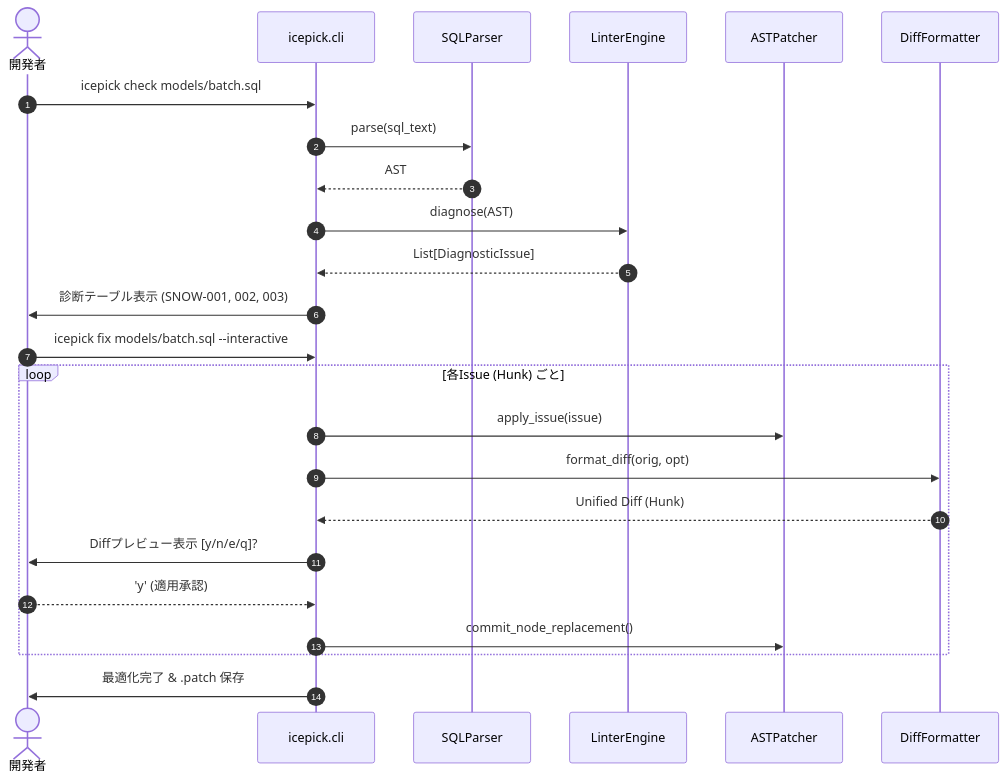
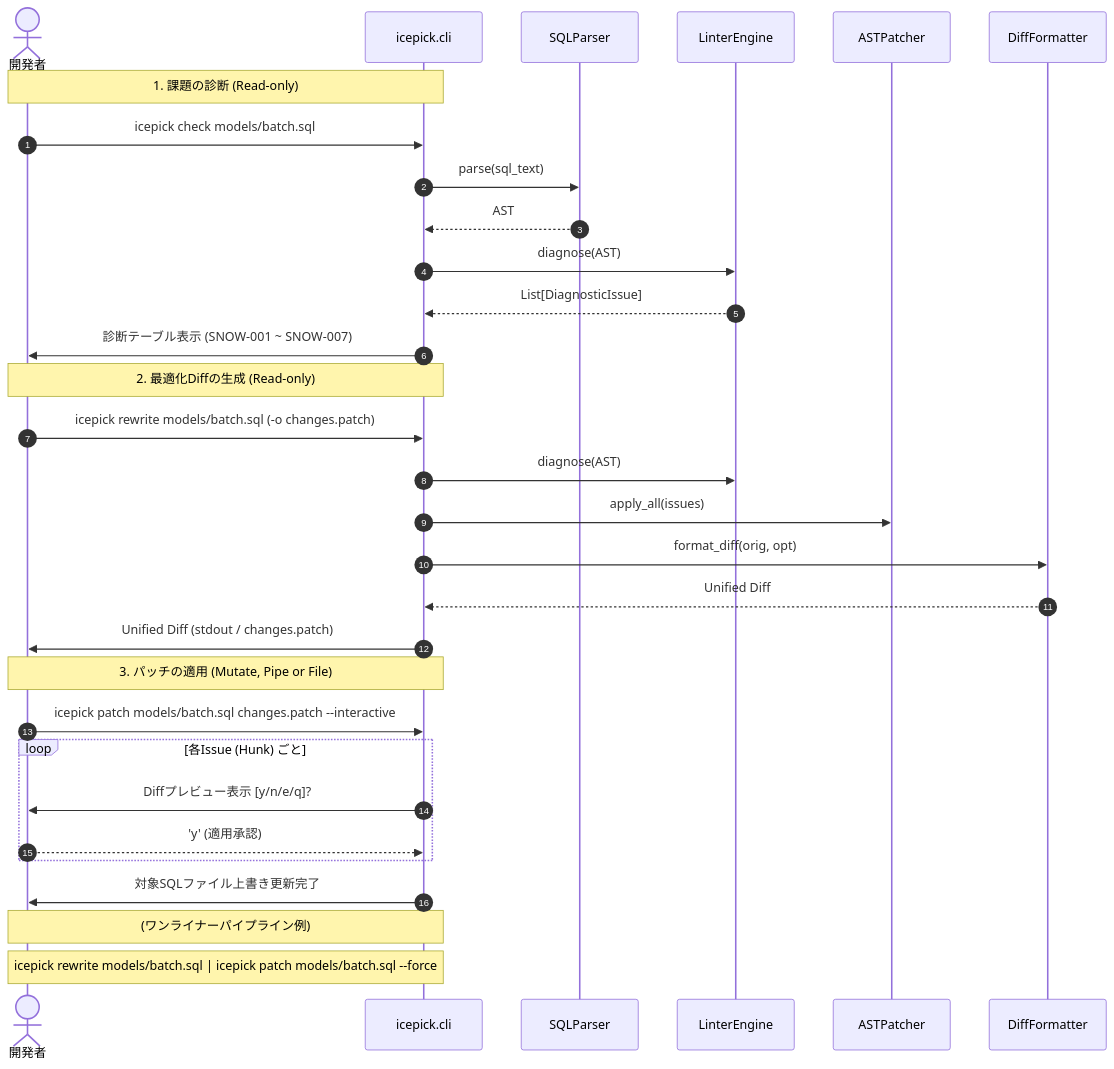
Before and after one commit to snaga/icepick: the second of 2 diagrams in doc/design.md, drawn with Mermaid. The commit also changed other lines of this file and 5 other files, not shown here.

First line of the commit message:
docs(specs): redesign workflow with rewrite and patch commands

````diff
--- a/doc/design.md
+++ b/doc/design.md
@@ -199,28 +215,37 @@
 ```mermaid
 sequenceDiagram
     autonumber
     actor Dev as 開発者
     participant CLI as icepick.cli
     participant Parser as SQLParser
     participant Linter as LinterEngine
     participant Patcher as ASTPatcher
     participant Diff as DiffFormatter
 
+    Note over Dev,CLI: 1. 課題の診断 (Read-only)
     Dev->>CLI: icepick check models/batch.sql
     CLI->>Parser: parse(sql_text)
     Parser-->>CLI: AST
     CLI->>Linter: diagnose(AST)
     Linter-->>CLI: List[DiagnosticIssue]
-    CLI->>Dev: 診断テーブル表示 (SNOW-001, 002, 003)
+    CLI->>Dev: 診断テーブル表示 (SNOW-001 ~ SNOW-007)
 
-    Dev->>CLI: icepick fix models/batch.sql --interactive
+    Note over Dev,CLI: 2. 最適化Diffの生成 (Read-only)
+    Dev->>CLI: icepick rewrite models/batch.sql (-o changes.patch)
+    CLI->>Linter: diagnose(AST)
+    CLI->>Patcher: apply_all(issues)
+    CLI->>Diff: format_diff(orig, opt)
+    Diff-->>CLI: Unified Diff
+    CLI->>Dev: Unified Diff (stdout / changes.patch)
+
+    Note over Dev,CLI: 3. パッチの適用 (Mutate, Pipe or File)
+    Dev->>CLI: icepick patch models/batch.sql changes.patch --interactive
     loop 各Issue (Hunk) ごと
-        CLI->>Patcher: apply_issue(issue)
-        CLI->>Diff: format_diff(orig, opt)
-        Diff-->>CLI: Unified Diff (Hunk)
         CLI->>Dev: Diffプレビュー表示 [y/n/e/q]?
         Dev-->>CLI: 'y' (適用承認)
-        CLI->>Patcher: commit_node_replacement()
     end
-    CLI->>Dev: 最適化完了 & .patch 保存
+    CLI->>Dev: 対象SQLファイル上書き更新完了
+
+    Note over Dev,CLI: (ワンライナーパイプライン例)
+    Note over Dev,CLI: icepick rewrite models/batch.sql | icepick patch models/batch.sql --force
 ```
````
